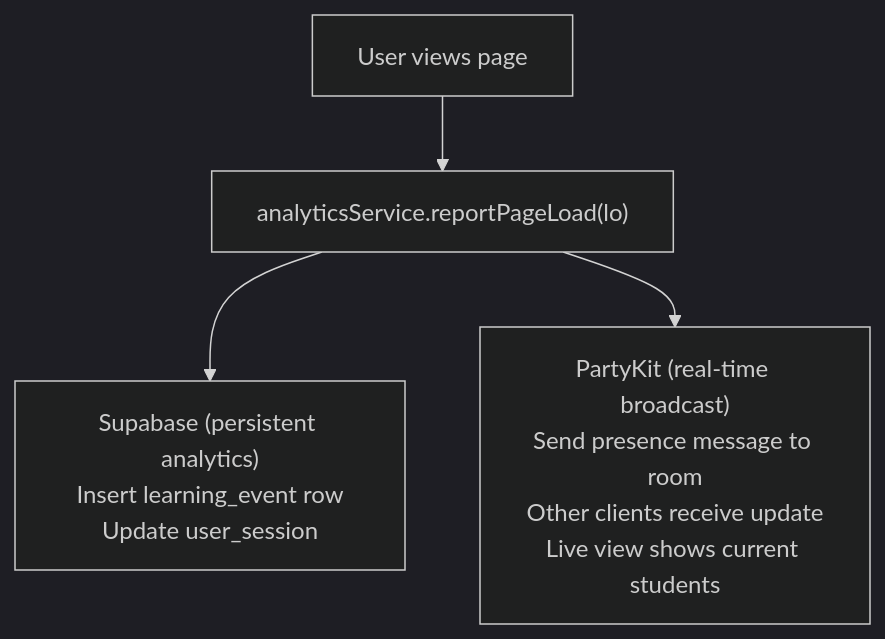
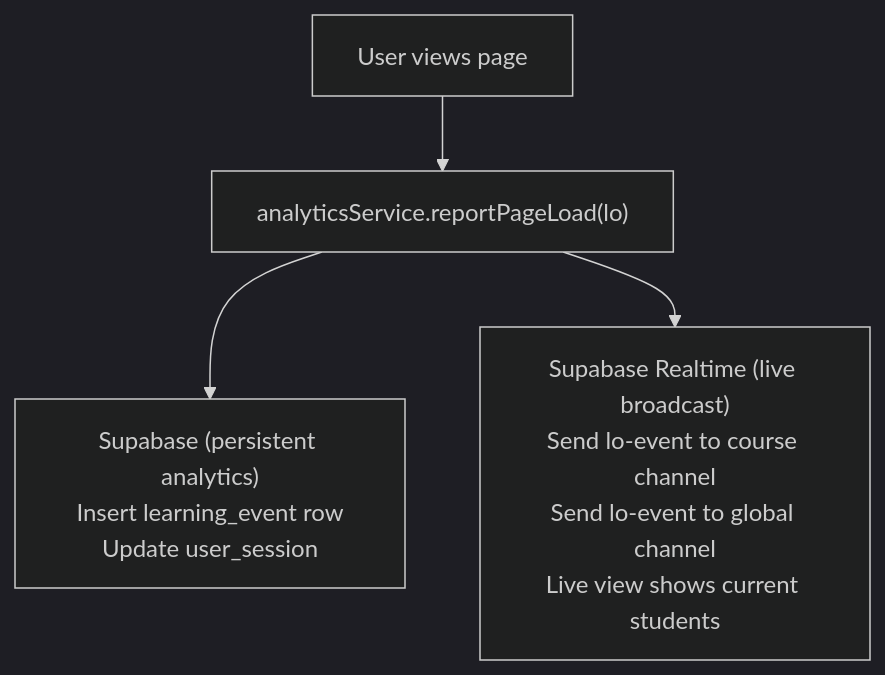
Diagram 12 of 14 in unit-4-dev/note-architecture/note-architecture.md (tutors-sdk/tutors-reference-manual), drawn with Mermaid (dark theme) before and after one commit. The commit also changed other lines of this file and 2 other files, not shown here.

Commit message:
architecture update

````diff
--- a/unit-4-dev/note-architecture/note-architecture.md
+++ b/unit-4-dev/note-architecture/note-architecture.md
@@ -1560,8 +1580,8 @@
 ```mermaid
 flowchart TD
   user["User views page"]
   user --> report["analyticsService.reportPageLoad(lo)"]
 
   report --> supabase["Supabase (persistent analytics)<br/>Insert learning_event row<br/>Update user_session"]
-  report --> partykit["PartyKit (real-time broadcast)<br/>Send presence message to room<br/>Other clients receive update<br/>Live view shows current students"]
+  report --> realtime["Supabase Realtime (live broadcast)<br/>Send lo-event to course channel<br/>Send lo-event to global channel<br/>Live view shows current students"]
 ```
````
